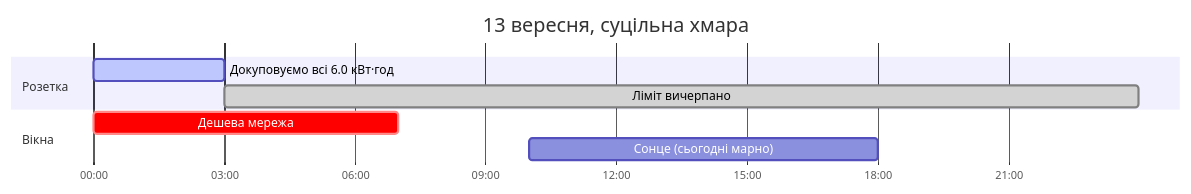
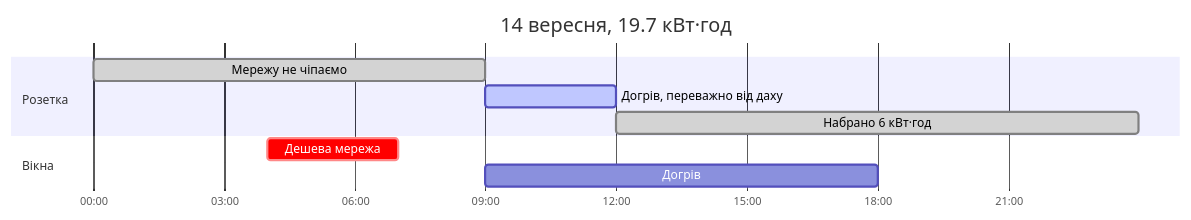
Before and after one commit to tochytskyi/smart-solar-energy: the first of 7 diagrams in docs/scenarios.md, drawn with Mermaid. The commit also changed other lines of this file and 19 other files, not shown here.

````diff
--- a/docs/scenarios.md
+++ b/docs/scenarios.md
@@ -53,13 +43,14 @@
 ```mermaid
 gantt
-    title 13 вересня, суцільна хмара
+    title 14 вересня, 19.7 кВт·год
     dateFormat HH:mm
     axisFormat %H:%M
     todayMarker off
     section Розетка
-    Докуповуємо всі 6.0 кВт·год :active, a1, 00:00, 03:00
-    Ліміт вичерпано :done, a2, 03:00, 23:59
+    Мережу не чіпаємо :done, a1, 00:00, 09:00
+    Догрів, переважно від даху :active, a2, 09:00, 12:00
+    Набрано 6 кВт·год :done, a3, 12:00, 23:59
     section Вікна
-    Дешева мережа :crit, n1, 00:00, 07:00
-    Сонце (сьогодні марно) :s1, 10:00, 18:00
+    Дешева мережа :crit, n1, 04:00, 07:00
+    Догрів :s1, 09:00, 18:00
 ```
````
